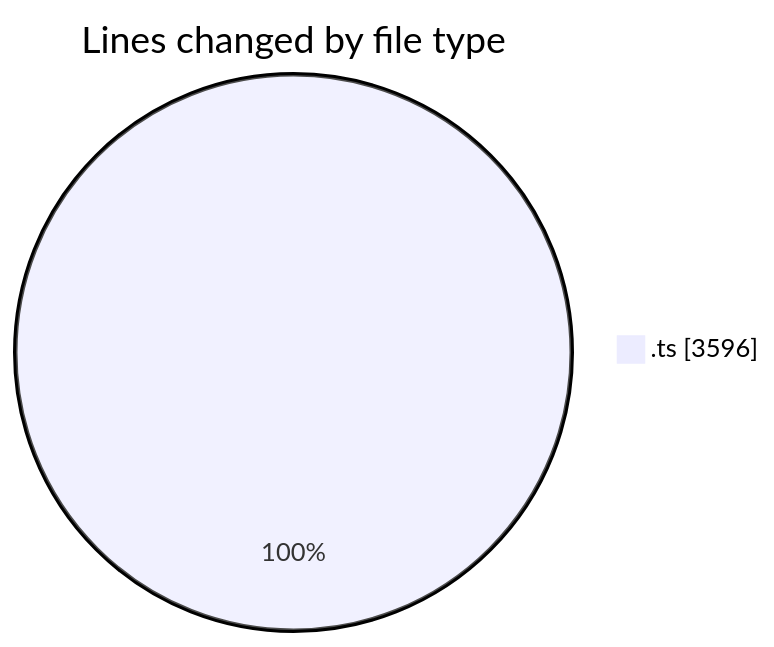
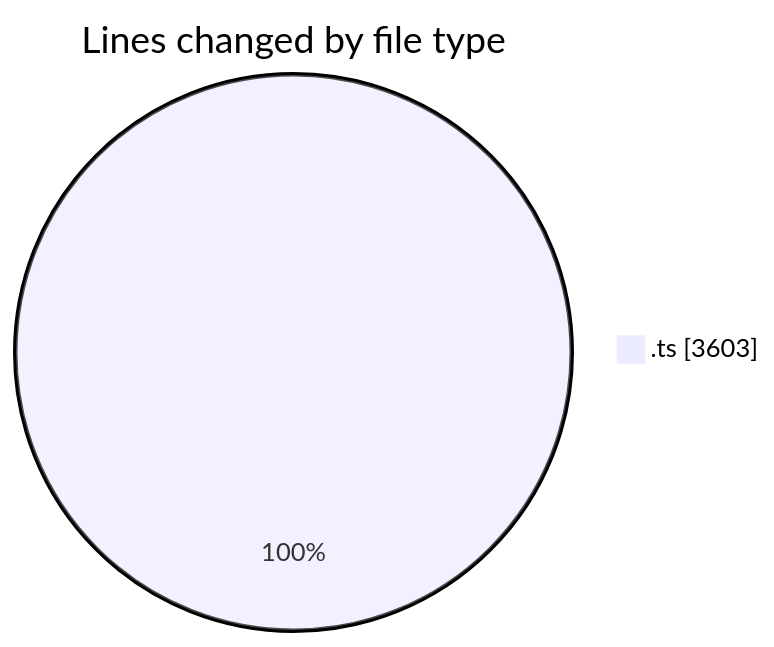
The first of 2 diagrams in 2025-10-23/cda/README.md (momahboobian/code-tracking), drawn with Mermaid before and after one commit. The commit also changed other lines of this file and 1 other file, not shown here.

````diff
--- a/2025-10-23/cda/README.md
+++ b/2025-10-23/cda/README.md
@@ -24,5 +24,5 @@
 ```mermaid
 pie showData
 title Lines changed by file type
-".ts" : 3596
+".ts" : 3603
 ```
````
